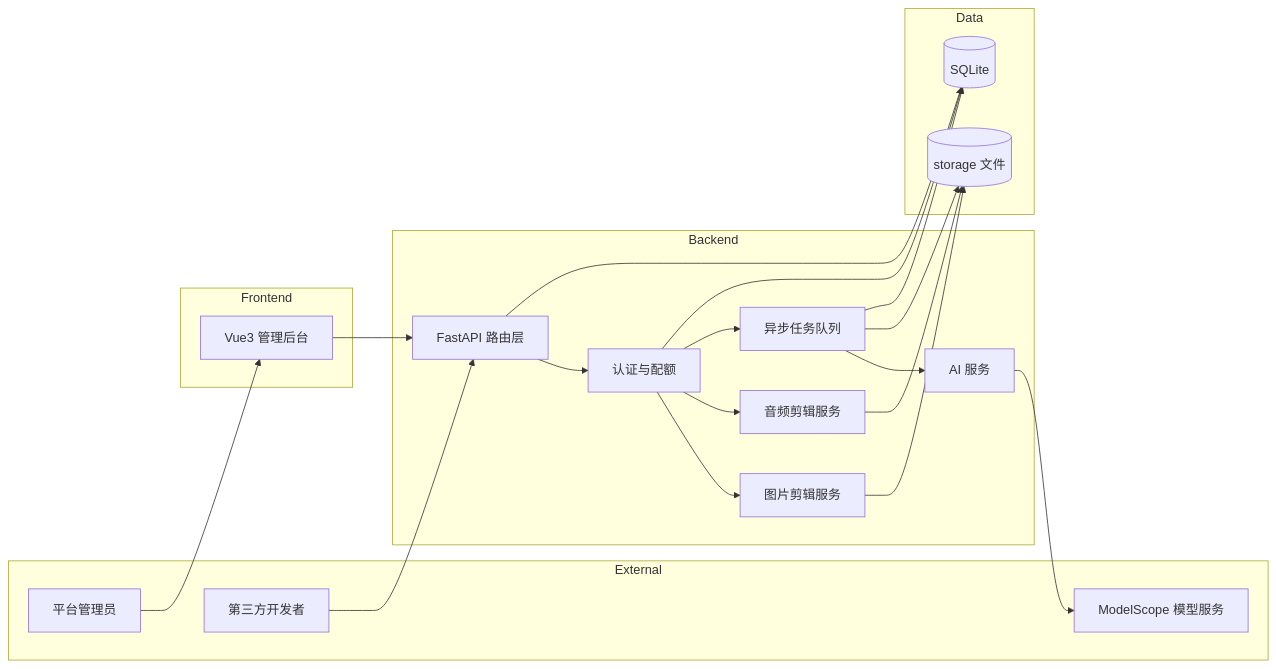
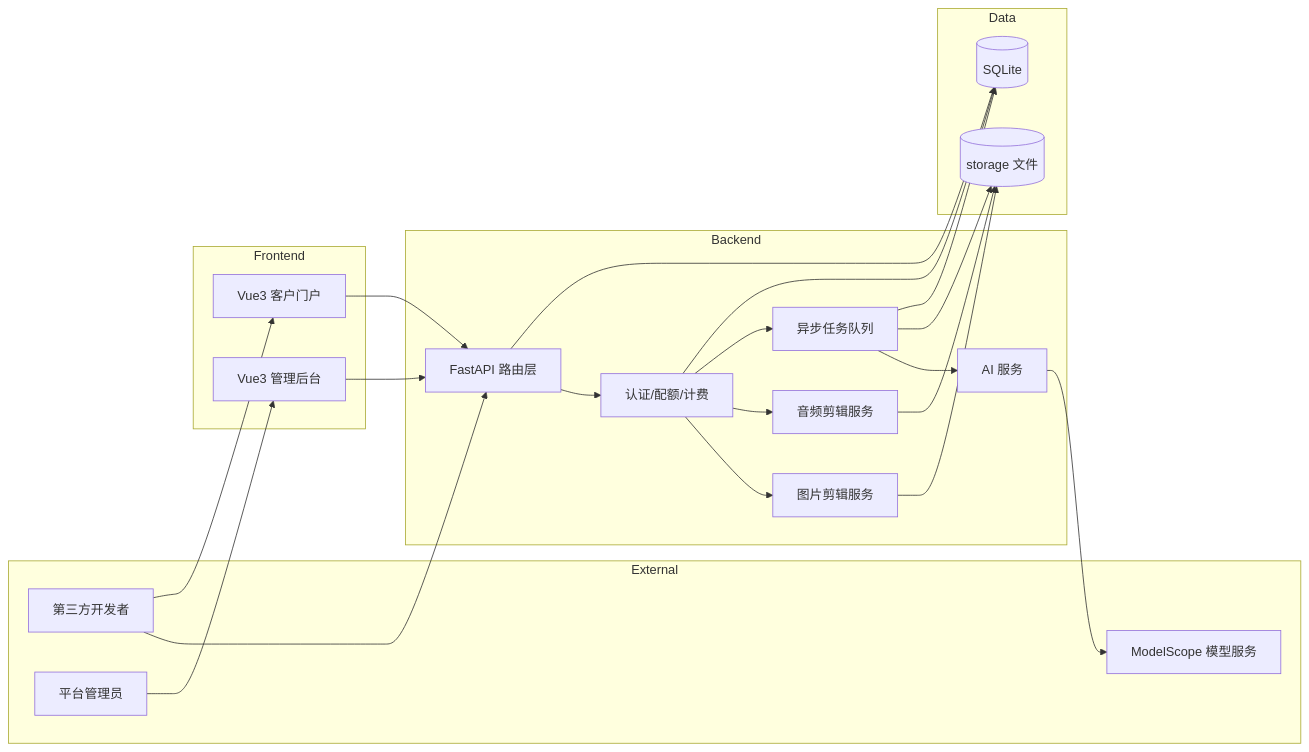
The first of 3 diagrams in .monkeycode/docs/ARCHITECTURE.md (talleylinjg-ops/MediaCut), drawn with Mermaid before and after one commit. The commit also changed other lines of this file and 30 other files, not shown here.

````diff
--- a/.monkeycode/docs/ARCHITECTURE.md
+++ b/.monkeycode/docs/ARCHITECTURE.md
@@ -116,42 +119,45 @@
 ```mermaid
 flowchart LR
     subgraph External
         Client[第三方开发者]
         Admin[平台管理员]
         MS[ModelScope 模型服务]
     end
 
     subgraph Frontend
         VueAdmin[Vue3 管理后台]
+        VuePortal[Vue3 客户门户]
     end
 
     subgraph Backend
         API[FastAPI 路由层]
-        Auth[认证与配额]
+        Auth[认证/配额/计费]
         Img[图片剪辑服务]
         Aud[音频剪辑服务]
         AI[AI 服务]
         Queue[异步任务队列]
     end
 
     subgraph Data
         DB[(SQLite)]
         Files[(storage 文件)]
     end
 
     Client --> API
     Admin --> VueAdmin
+    Client --> VuePortal[Vue3 客户门户]
+    VuePortal --> API
     VueAdmin --> API
     API --> Auth
     Auth --> Img
     Auth --> Aud
     Auth --> Queue
     Queue --> AI
     AI --> MS
     Img --> Files
     Aud --> Files
     Queue --> Files
     Auth --> DB
     Queue --> DB
     API --> DB
 ```
````
